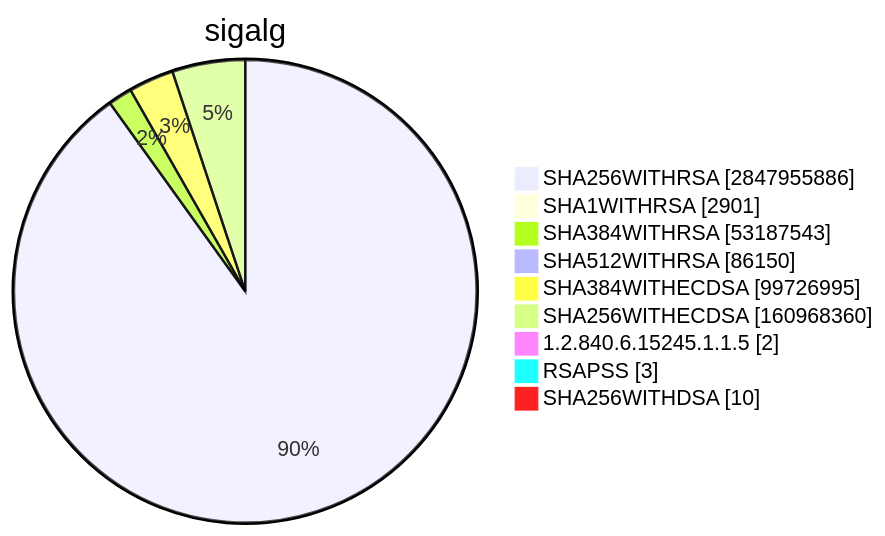
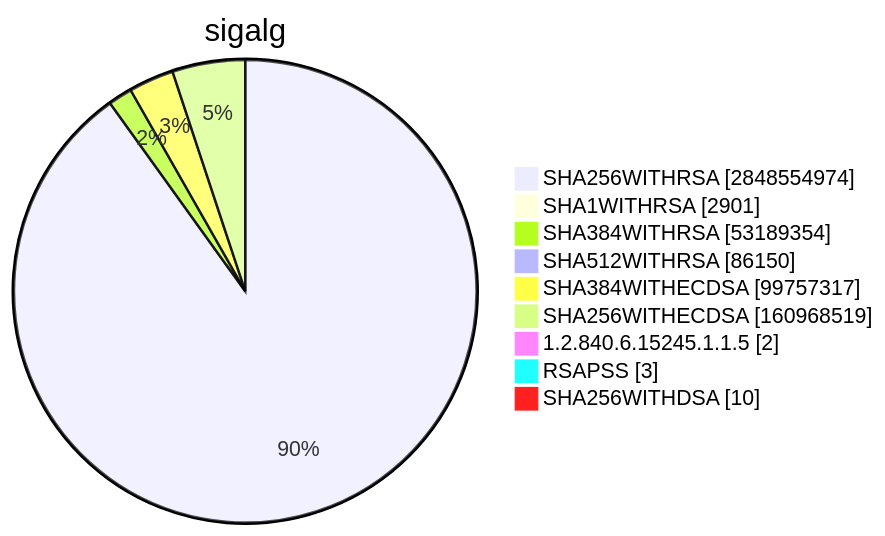
Before and after one commit to christiankrug/ctmonitor_visualization: diagram 15 of 15 in TOTAL/README.md, drawn with Mermaid. The commit also changed other lines of this file, not shown here.

````diff
--- a/TOTAL/README.md
+++ b/TOTAL/README.md
@@ -6207,13 +6207,13 @@
 ```mermaid
 pie showData
 title sigalg
-"SHA256WITHRSA" :2847955886
+"SHA256WITHRSA" :2848554974
 "SHA1WITHRSA" :2901
-"SHA384WITHRSA" :53187543
+"SHA384WITHRSA" :53189354
 "SHA512WITHRSA" :86150
-"SHA384WITHECDSA" :99726995
-"SHA256WITHECDSA" :160968360
+"SHA384WITHECDSA" :99757317
+"SHA256WITHECDSA" :160968519
 "1.2.840.6.15245.1.1.5" :2
 "RSAPSS" :3
 "SHA256WITHDSA" :10
 ```
````
